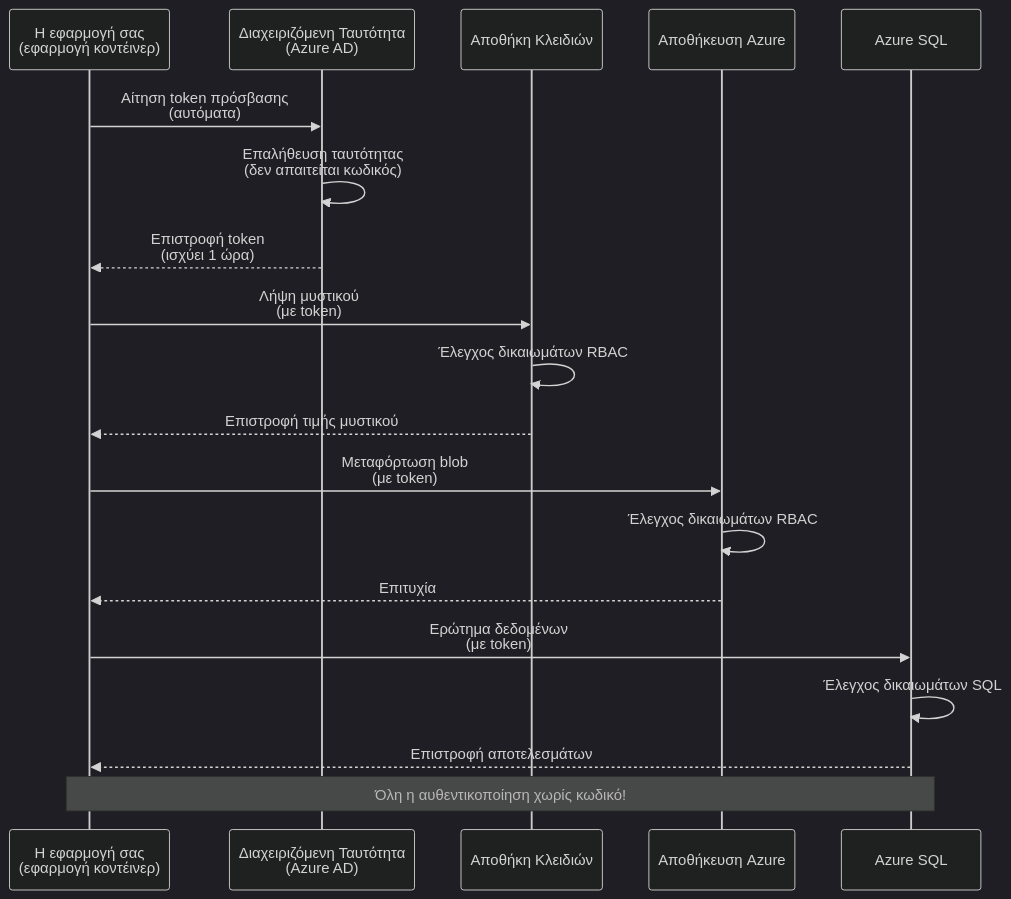
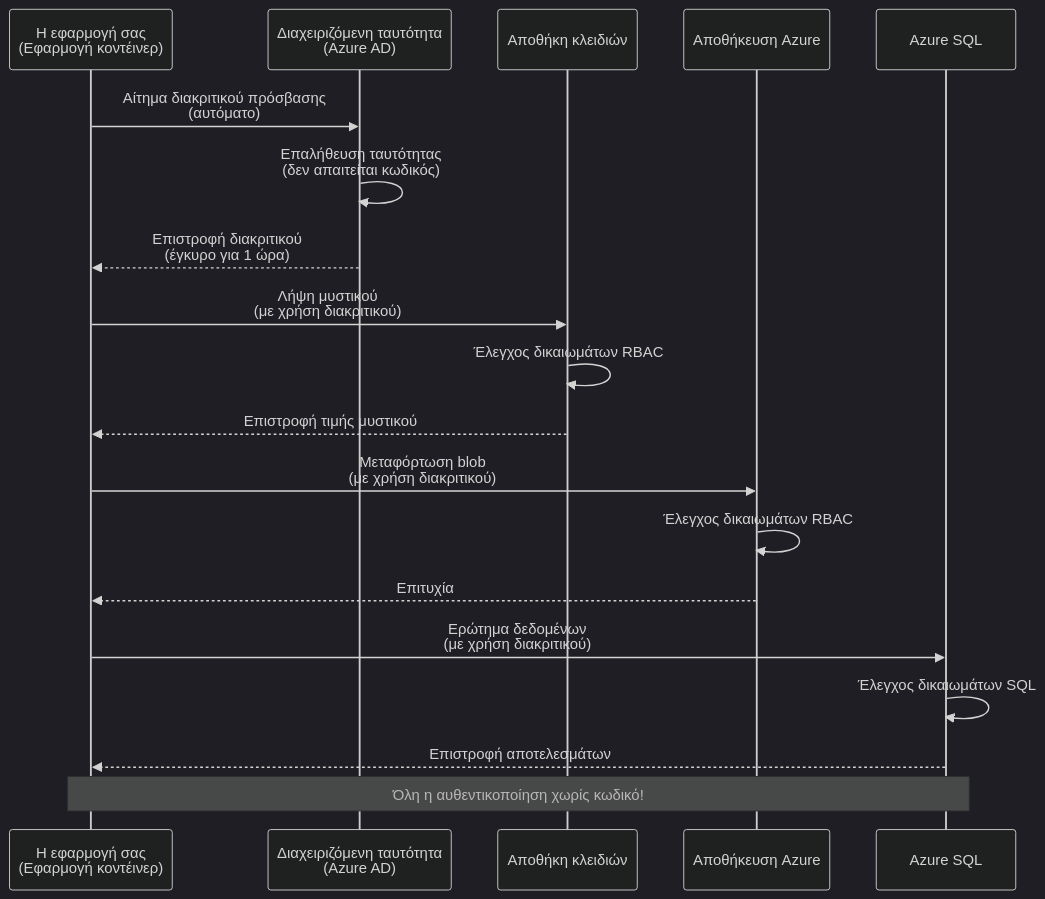
The first of 2 diagrams in translations/el/docs/chapter-03-configuration/authsecurity.md (microsoft/AZD-for-beginners), drawn with Mermaid (dark theme) before and after one commit. The commit also changed other lines of this file and 101 other files, not shown here.

````diff
--- a/translations/el/docs/chapter-03-configuration/authsecurity.md
+++ b/translations/el/docs/chapter-03-configuration/authsecurity.md
@@ -69,26 +69,26 @@
 ```mermaid
 sequenceDiagram
-    participant App as Η εφαρμογή σας<br/>(εφαρμογή κοντέινερ)
-    participant MI as Διαχειριζόμενη Ταυτότητα<br/>(Azure AD)
-    participant KV as Αποθήκη Κλειδιών
+    participant App as Η εφαρμογή σας<br/>(Εφαρμογή κοντέινερ)
+    participant MI as Διαχειριζόμενη ταυτότητα<br/>(Azure AD)
+    participant KV as Αποθήκη κλειδιών
     participant Storage as Αποθήκευση Azure
     participant DB as Azure SQL
     
-    App->>MI: Αίτηση token πρόσβασης<br/>(αυτόματα)
+    App->>MI: Αίτημα διακριτικού πρόσβασης<br/>(αυτόματο)
     MI->>MI: Επαλήθευση ταυτότητας<br/>(δεν απαιτείται κωδικός)
-    MI-->>App: Επιστροφή token<br/>(ισχύει 1 ώρα)
+    MI-->>App: Επιστροφή διακριτικού<br/>(έγκυρο για 1 ώρα)
     
-    App->>KV: Λήψη μυστικού<br/>(με token)
+    App->>KV: Λήψη μυστικού<br/>(με χρήση διακριτικού)
     KV->>KV: Έλεγχος δικαιωμάτων RBAC
     KV-->>App: Επιστροφή τιμής μυστικού
     
-    App->>Storage: Μεταφόρτωση blob<br/>(με token)
+    App->>Storage: Μεταφόρτωση blob<br/>(με χρήση διακριτικού)
     Storage->>Storage: Έλεγχος δικαιωμάτων RBAC
     Storage-->>App: Επιτυχία
     
-    App->>DB: Ερώτημα δεδομένων<br/>(με token)
+    App->>DB: Ερώτημα δεδομένων<br/>(με χρήση διακριτικού)
     DB->>DB: Έλεγχος δικαιωμάτων SQL
     DB-->>App: Επιστροφή αποτελεσμάτων
     
     Note over App,DB: Όλη η αυθεντικοποίηση χωρίς κωδικό!
 ```
````
